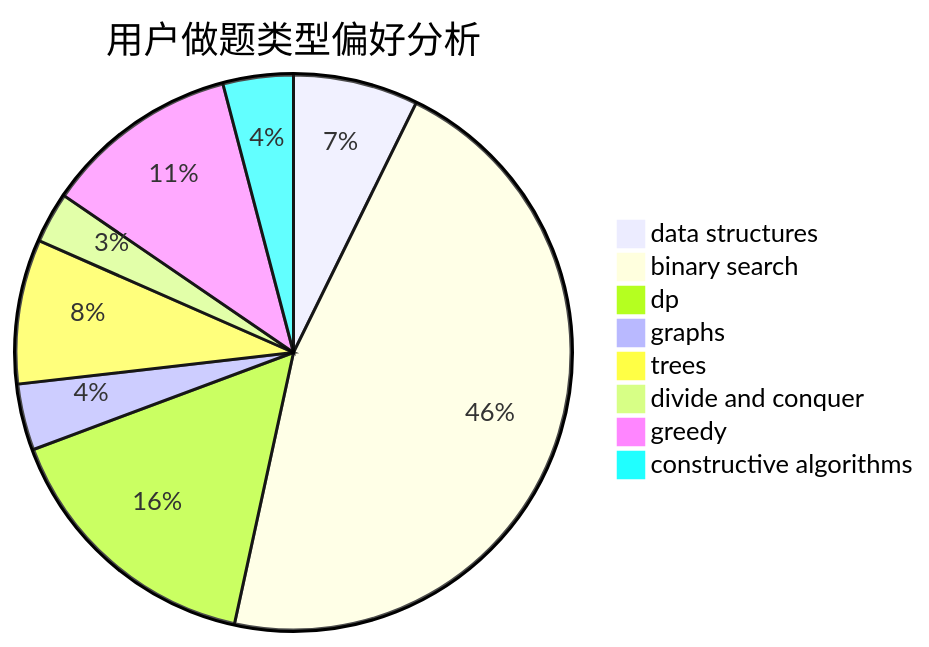
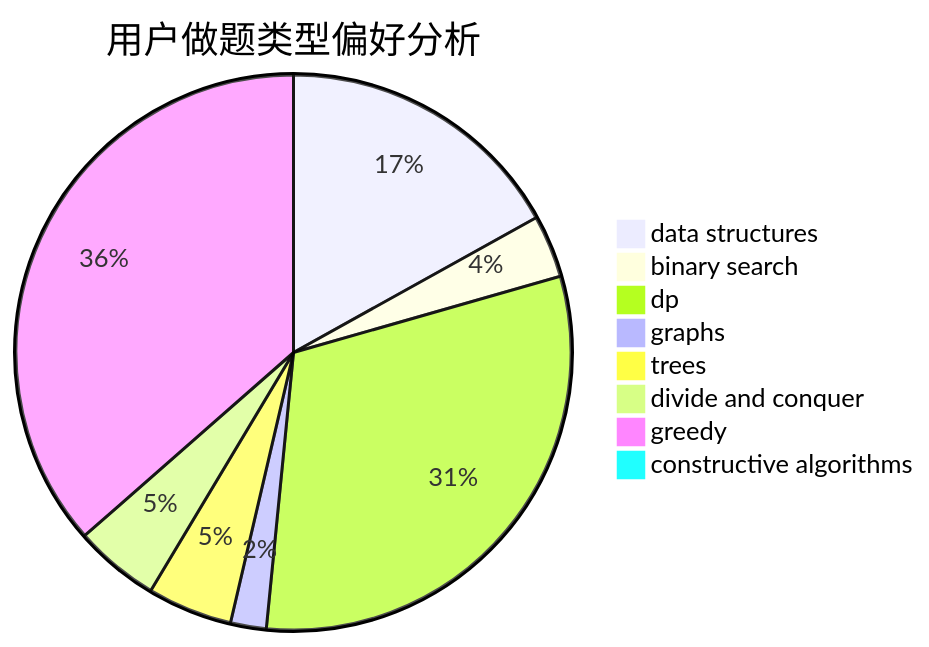
The second of 3 diagrams in docs/user/u2366.md (sherpahu/cfrs.github.io), drawn with Mermaid before and after one commit. The commit also changed other lines of this file and 2770 other files, not shown here.

````diff
--- a/docs/user/u2366.md
+++ b/docs/user/u2366.md
@@ -23,11 +23,11 @@
 ```mermaid
 pie title 用户做题类型偏好分析
-    "data structures" :  32
-    "binary search" :  203
-    "dp" :  70
-    "graphs" :  17
-    "trees" :  37
-    "divide and conquer" :  13
-    "greedy" :  50
-    "constructive algorithms" :  18
+    "data structures" :  65
+    "binary search" :  14
+    "dp" :  119
+    "graphs" :  8
+    "trees" :  19
+    "divide and conquer" :  19
+    "greedy" :  140
+    "constructive algorithms" :  0
 ```
````
